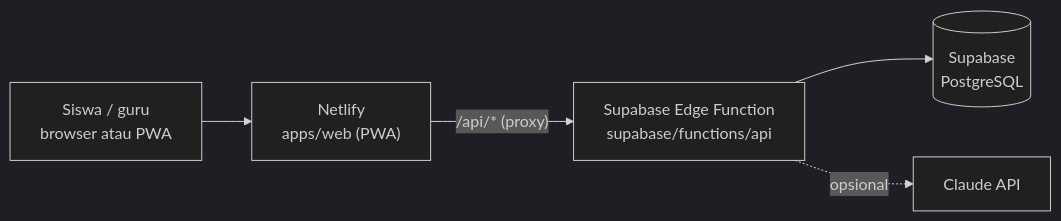
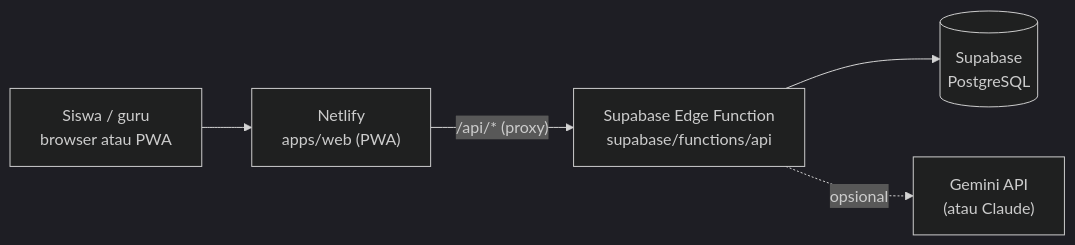
Before and after one commit to RikiAgilSaputra/2225250026_Riki_Agil_Saputra: the diagram in docs/DEPLOYMENT.md, drawn with Mermaid (dark theme). The commit also changed other lines of this file and 13 other files, not shown here.

````diff
--- a/docs/DEPLOYMENT.md
+++ b/docs/DEPLOYMENT.md
@@ -3,7 +3,7 @@
 ```mermaid
 flowchart LR
     U[Siswa / guru<br/>browser atau PWA] --> N["Netlify<br/>apps/web (PWA)"]
     N -- "/api/* (proxy)" --> F["Supabase Edge Function<br/>supabase/functions/api"]
     F --> DB[("Supabase<br/>PostgreSQL")]
-    F -. opsional .-> C[Claude API]
+    F -. opsional .-> C["Gemini API<br/>(atau Claude)"]
 ```
````
